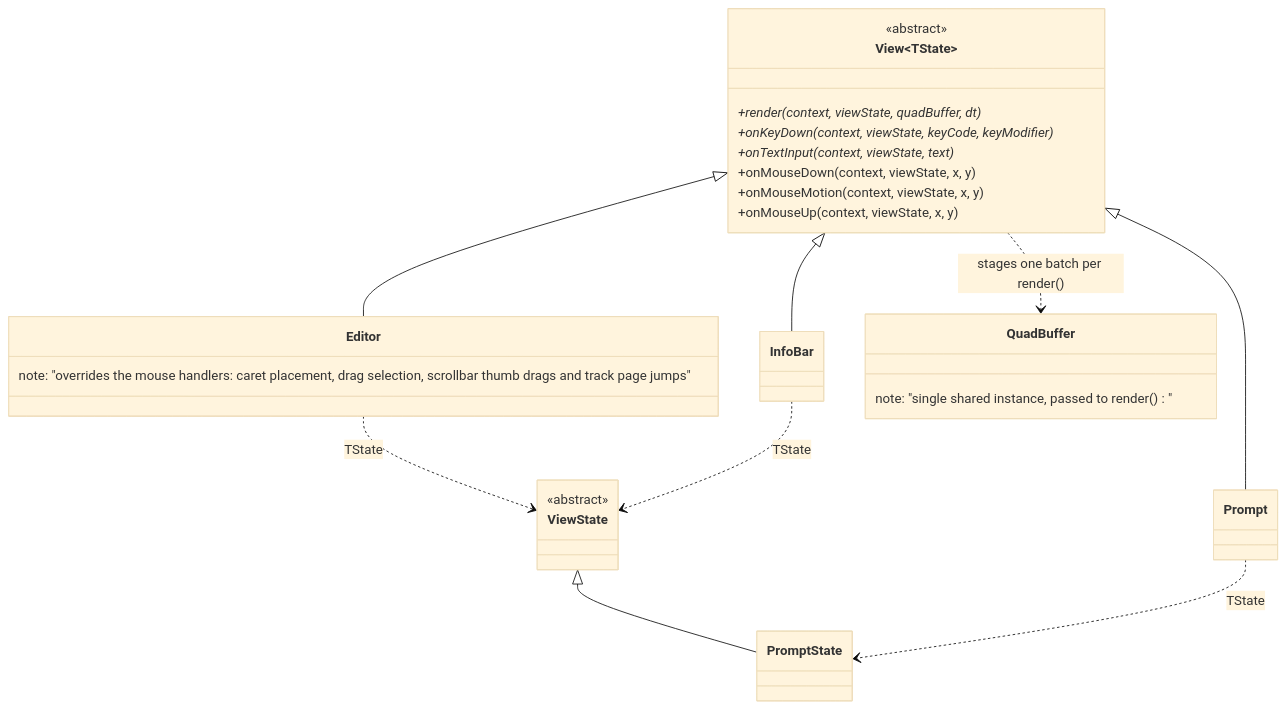
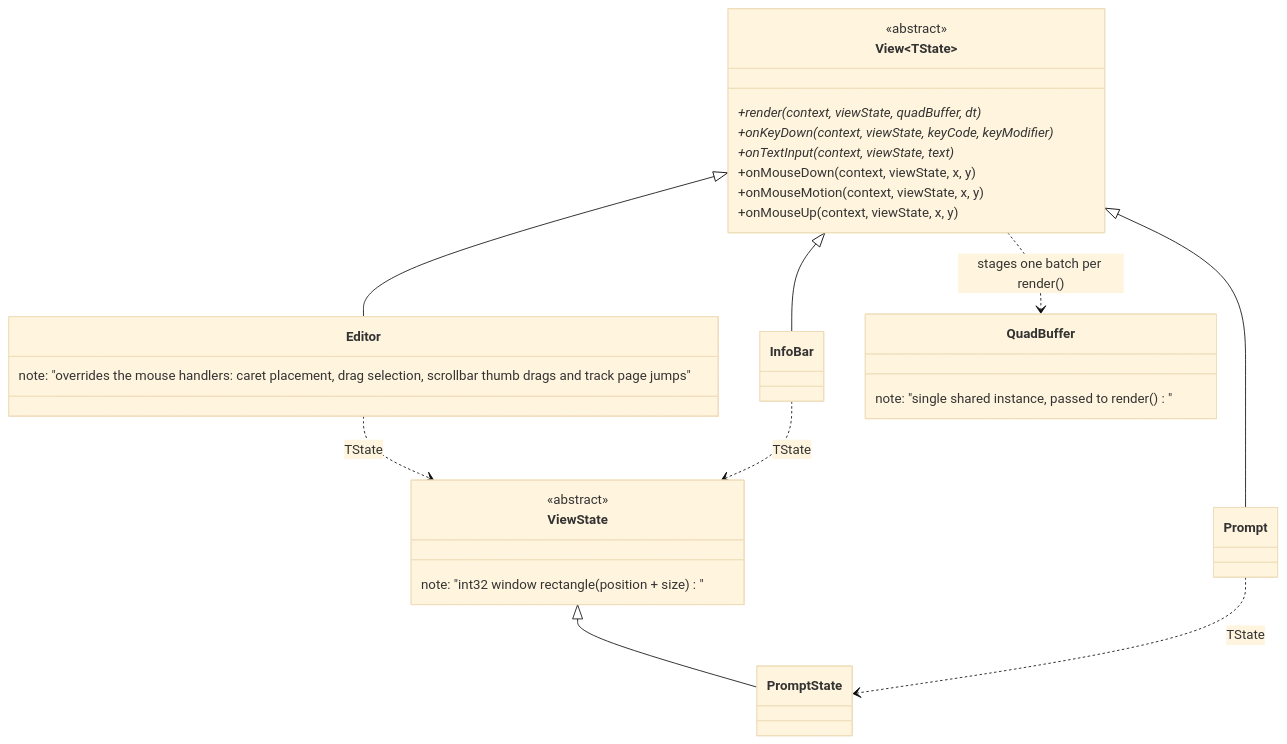
Before and after one commit to notnotme/bbloc: the eighth of 10 diagrams in docs/class_diagram.md, drawn with Mermaid (base theme). The commit also changed other lines of this file and 41 other files, not shown here.

````diff
--- a/docs/class_diagram.md
+++ b/docs/class_diagram.md
@@ -224,33 +230,34 @@
 ```mermaid
 classDiagram
     class ViewState {
         <<abstract>>
+        note: "int32 window rectangle (position + size)"
     }
     class PromptState
     class View~TState~ {
         <<abstract>>
         +render(context, viewState, quadBuffer, dt)*
         +onKeyDown(context, viewState, keyCode, keyModifier)*
         +onTextInput(context, viewState, text)*
         +onMouseDown(context, viewState, x, y)
         +onMouseMotion(context, viewState, x, y)
         +onMouseUp(context, viewState, x, y)
     }
     class Editor {
         note: "overrides the mouse handlers: caret placement, drag selection, scrollbar thumb drags and track page jumps"
     }
     class InfoBar
     class Prompt
     class QuadBuffer {
         note: "single shared instance, passed to render()"
     }
 
     ViewState <|-- PromptState
     View~TState~ <|-- Editor
     View~TState~ <|-- InfoBar
     View~TState~ <|-- Prompt
     Editor ..> ViewState : TState
     InfoBar ..> ViewState : TState
     Prompt ..> PromptState : TState
     View~TState~ ..> QuadBuffer : stages one batch per render()
 ```
````
